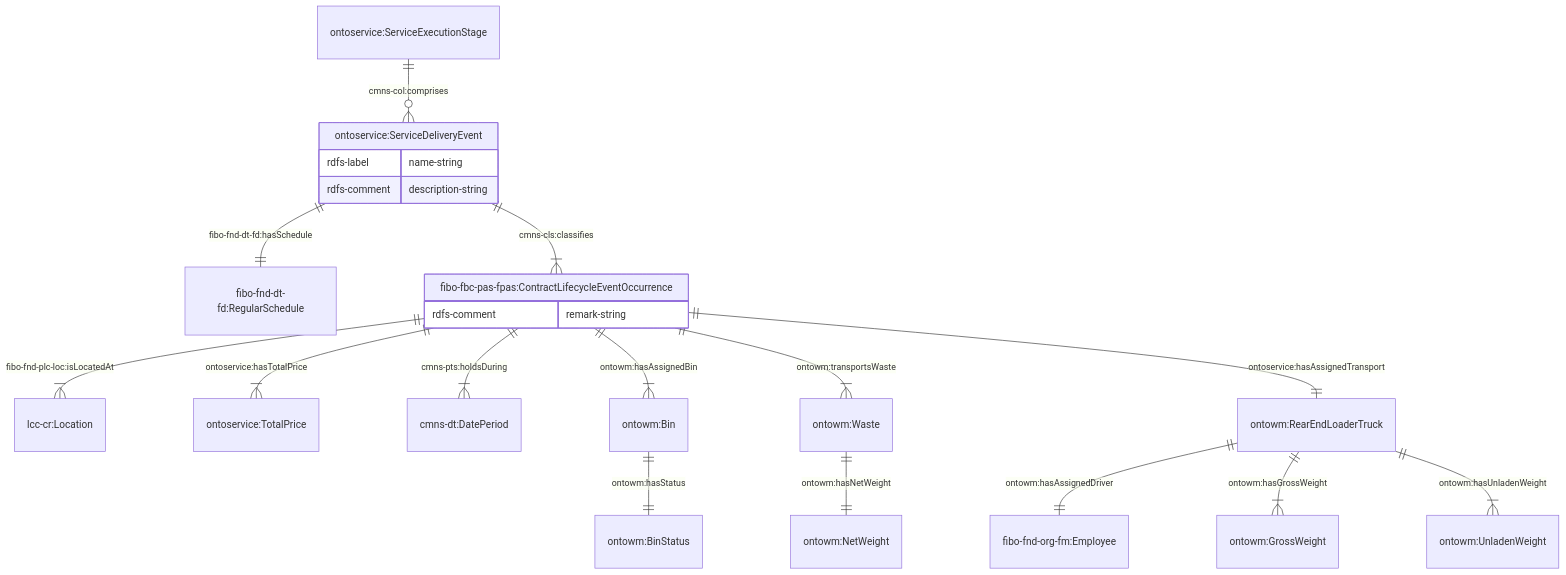
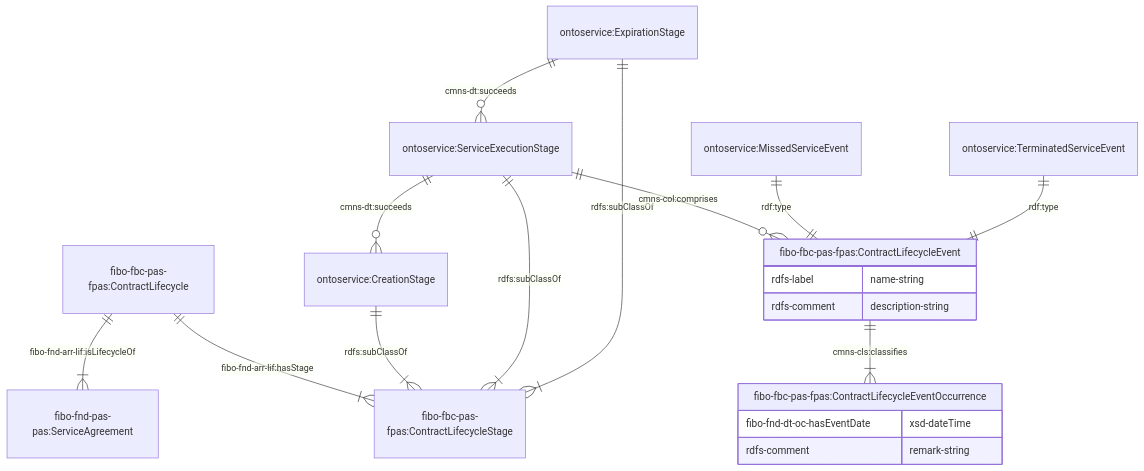
One commit to cambridge-cares/TheWorldAvatar changed the fourth of 10 diagrams in JPS_Ontology/ontology/ontowastemanagement/README.md. Above: the diagram before and after it, drawn with Mermaid. The commit also changed other lines of this file and 3 other files, not shown here.

Commit message:
dev-ontowastemanagement: Improve representation for the computation of waste disposed and the relationships associated with the waste disposal location

````diff
--- a/JPS_Ontology/ontology/ontowastemanagement/README.md
+++ b/JPS_Ontology/ontology/ontowastemanagement/README.md
@@ -213,27 +204,24 @@
 ```mermaid
     erDiagram
-    "ontoservice:ServiceExecutionStage" ||--o{ "ontoservice:ServiceDeliveryEvent" : "cmns-col:comprises"
-    "ontoservice:ServiceDeliveryEvent" {
+    "fibo-fbc-pas-fpas:ContractLifecycle" ||--|{ "fibo-fnd-pas-pas:ServiceAgreement" : "fibo-fnd-arr-lif:isLifecycleOf"
+    "fibo-fbc-pas-fpas:ContractLifecycle" ||--|{ "fibo-fbc-pas-fpas:ContractLifecycleStage" : "fibo-fnd-arr-lif:hasStage"
+    "ontoservice:CreationStage" ||--|{ "fibo-fbc-pas-fpas:ContractLifecycleStage" : "rdfs:subClassOf"
+    "ontoservice:ServiceExecutionStage" ||--|{ "fibo-fbc-pas-fpas:ContractLifecycleStage" : "rdfs:subClassOf"
+    "ontoservice:ExpirationStage" ||--|{ "fibo-fbc-pas-fpas:ContractLifecycleStage" : "rdfs:subClassOf"
+    "ontoservice:ServiceExecutionStage" ||--o{ "ontoservice:CreationStage" : "cmns-dt:succeeds"
+    "ontoservice:ExpirationStage" ||--o{ "ontoservice:ServiceExecutionStage" : "cmns-dt:succeeds"
+
+    "ontoservice:ServiceExecutionStage" ||--o{ "fibo-fbc-pas-fpas:ContractLifecycleEvent" : "cmns-col:comprises"
+    "fibo-fbc-pas-fpas:ContractLifecycleEvent" {
         rdfs-label name-string
         rdfs-comment description-string
     }
-    "ontoservice:ServiceDeliveryEvent" ||--|| "fibo-fnd-dt-fd:RegularSchedule" : "fibo-fnd-dt-fd:hasSchedule"
-    "ontoservice:ServiceDeliveryEvent" ||--|{ "fibo-fbc-pas-fpas:ContractLifecycleEventOccurrence" : "cmns-cls:classifies"
-    "fibo-fbc-pas-fpas:ContractLifecycleEventOccurrence" ||--|{ "lcc-cr:Location" : "fibo-fnd-plc-loc:isLocatedAt"
-    "fibo-fbc-pas-fpas:ContractLifecycleEventOccurrence" ||--|{ "ontoservice:TotalPrice" : "ontoservice:hasTotalPrice"
-    "fibo-fbc-pas-fpas:ContractLifecycleEventOccurrence" ||--|{ " cmns-dt:DatePeriod" : "cmns-pts:holdsDuring"
+    "ontoservice:MissedServiceEvent" ||--|| "fibo-fbc-pas-fpas:ContractLifecycleEvent" : "rdf:type"
+    "ontoservice:TerminatedServiceEvent" ||--|| "fibo-fbc-pas-fpas:ContractLifecycleEvent" : "rdf:type"
+
+    "fibo-fbc-pas-fpas:ContractLifecycleEvent" ||--|{ "fibo-fbc-pas-fpas:ContractLifecycleEventOccurrence" : "cmns-cls:classifies"
     "fibo-fbc-pas-fpas:ContractLifecycleEventOccurrence" {
+        fibo-fnd-dt-oc-hasEventDate xsd-dateTime
         rdfs-comment remark-string
     }
-
-    "fibo-fbc-pas-fpas:ContractLifecycleEventOccurrence" ||--|{ "ontowm:Bin" : "ontowm:hasAssignedBin"
-    "ontowm:Bin" ||--|| "ontowm:BinStatus" : "ontowm:hasStatus"
-
-    "fibo-fbc-pas-fpas:ContractLifecycleEventOccurrence" ||--|{ "ontowm:Waste" : "ontowm:transportsWaste"
-    "ontowm:Waste" ||--|| "ontowm:NetWeight" : "ontowm:hasNetWeight"
-
-    "fibo-fbc-pas-fpas:ContractLifecycleEventOccurrence" ||--|| "ontowm:RearEndLoaderTruck" : "ontoservice:hasAssignedTransport"
-    "ontowm:RearEndLoaderTruck" ||--|| "fibo-fnd-org-fm:Employee" : "ontowm:hasAssignedDriver"
-    "ontowm:RearEndLoaderTruck" ||--|{ "ontowm:GrossWeight" : "ontowm:hasGrossWeight"
-    "ontowm:RearEndLoaderTruck" ||--|{ "ontowm:UnladenWeight" : "ontowm:hasUnladenWeight"
 ```
````
